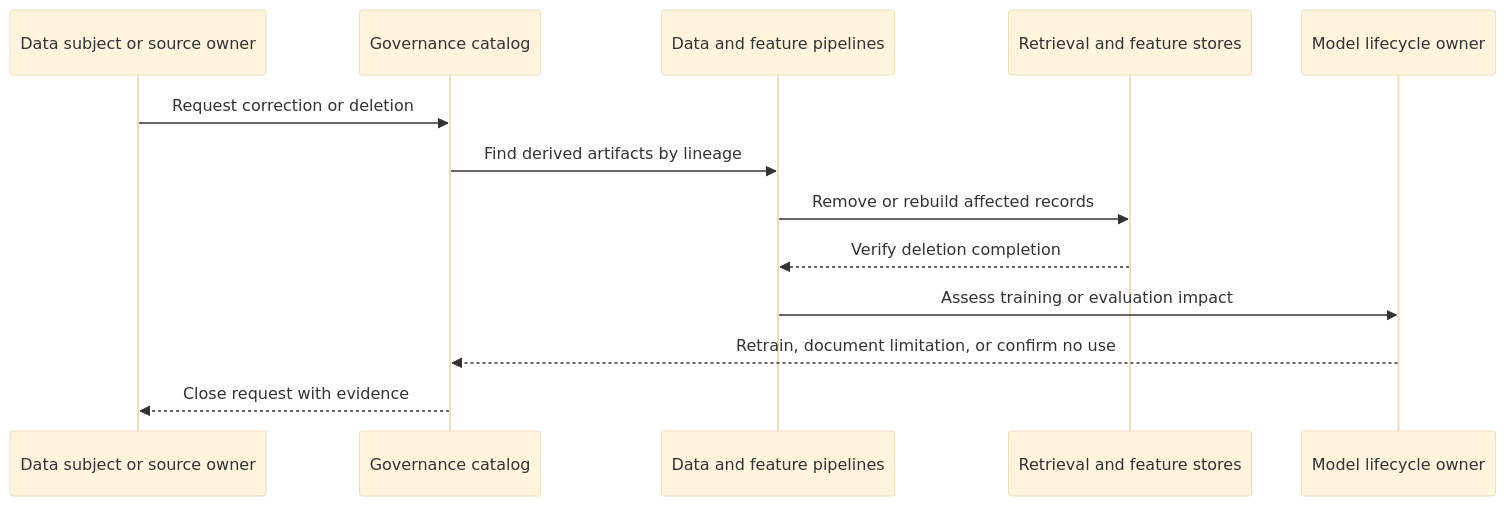
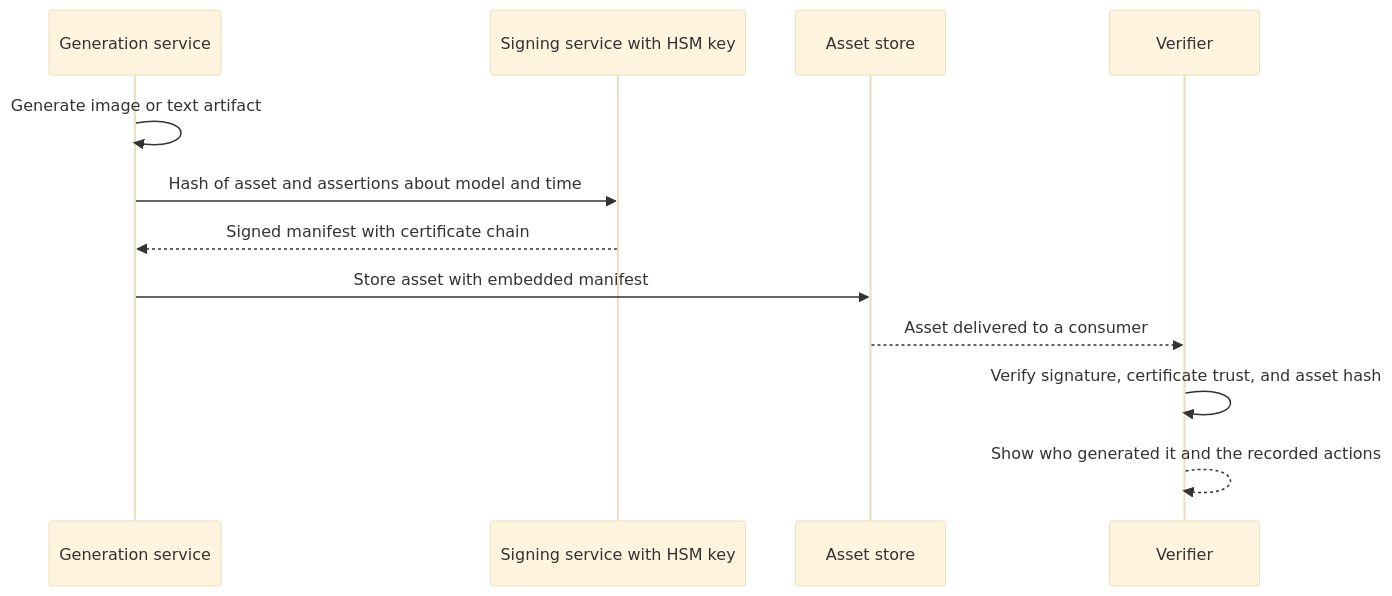
One commit to joydasss/Architect changed diagram 12 of 16 in 16_AI_and_GenAI/CH30_AI_Data_Governance_Privacy_and_Provenance.md. Above: the diagram before and after it, drawn with Mermaid (base theme). The commit also changed other lines of this file and 295 other files, not shown here.

````diff
--- a/16_AI_and_GenAI/CH30_AI_Data_Governance_Privacy_and_Provenance.md
+++ b/16_AI_and_GenAI/CH30_AI_Data_Governance_Privacy_and_Provenance.md
@@ -60,15 +1303,14 @@
 ```mermaid
 sequenceDiagram
-    participant Owner as Data subject or source owner
-    participant Catalog as Governance catalog
-    participant Pipeline as Data and feature pipelines
-    participant Store as Retrieval and feature stores
-    participant Model as Model lifecycle owner
-    Owner->>Catalog: Request correction or deletion
-    Catalog->>Pipeline: Find derived artifacts by lineage
-    Pipeline->>Store: Remove or rebuild affected records
-    Store-->>Pipeline: Verify deletion completion
-    Pipeline->>Model: Assess training or evaluation impact
-    Model-->>Catalog: Retrain, document limitation, or confirm no use
-    Catalog-->>Owner: Close request with evidence
+    participant G as Generation service
+    participant S as Signing service with HSM key
+    participant A as Asset store
+    participant V as Verifier
+    G->>G: Generate image or text artifact
+    G->>S: Hash of asset and assertions about model and time
+    S-->>G: Signed manifest with certificate chain
+    G->>A: Store asset with embedded manifest
+    A-->>V: Asset delivered to a consumer
+    V->>V: Verify signature, certificate trust, and asset hash
+    V-->>V: Show who generated it and the recorded actions
 ```
````
